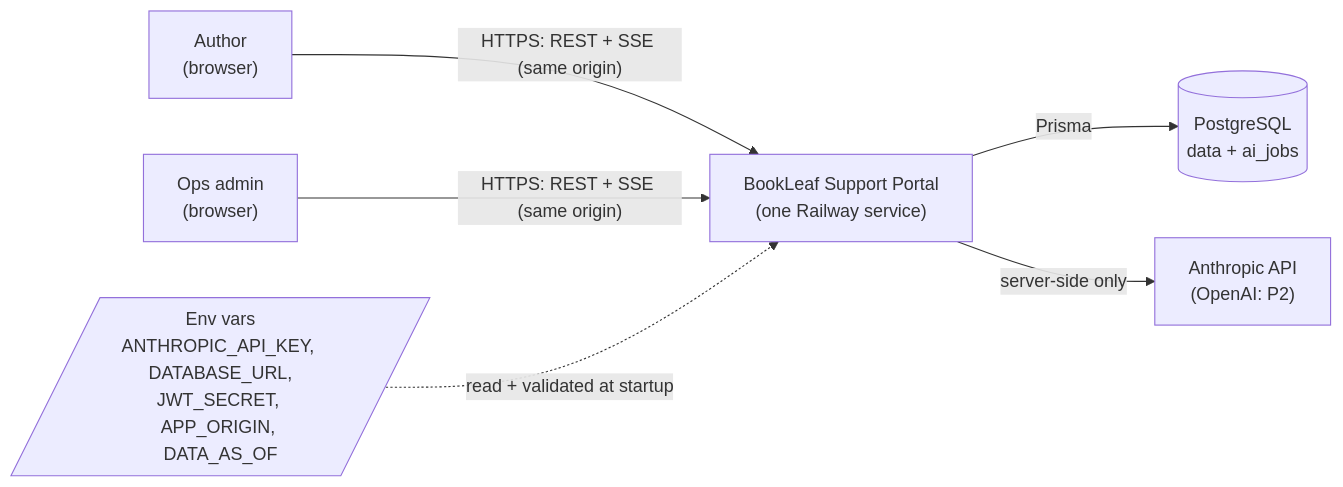
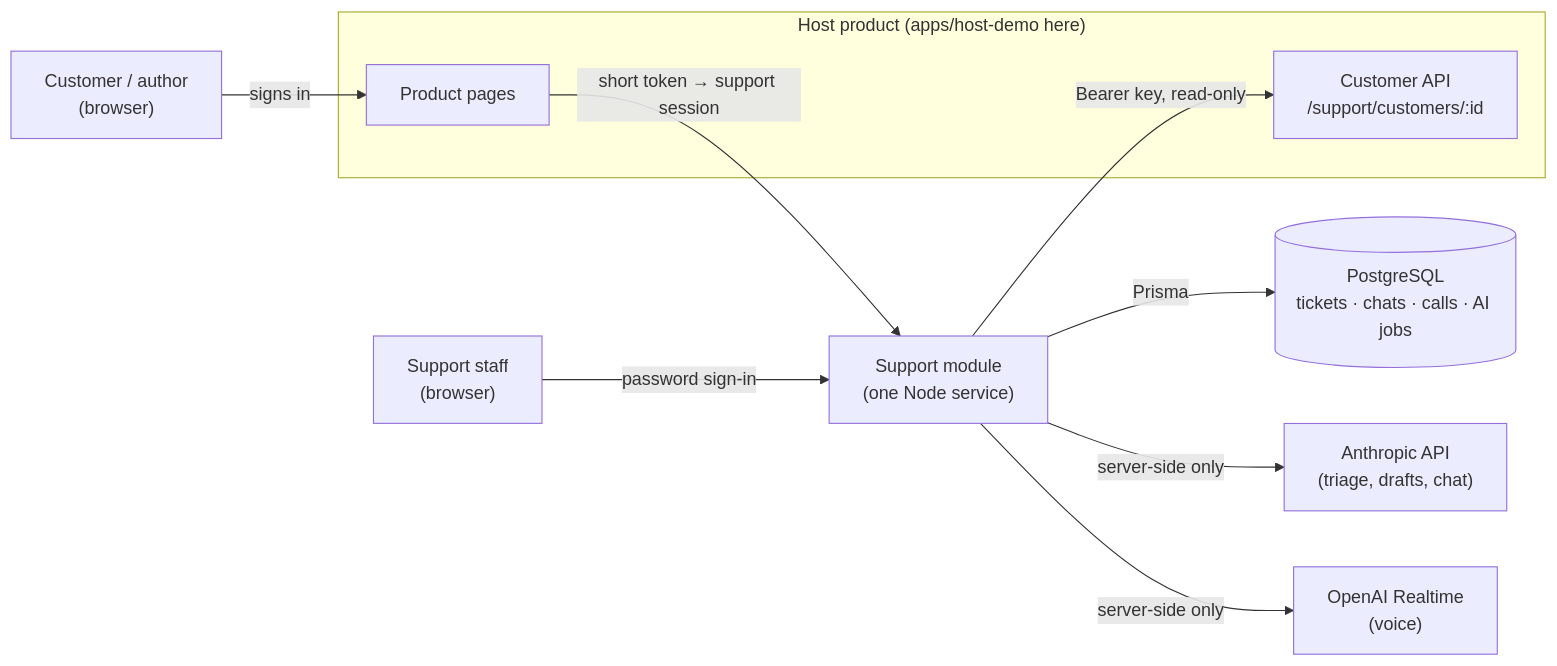
One commit to akshykmratloop/bookLeaf_support_system changed the first of 13 diagrams in docs/architecture.md. Above: the diagram before and after it, drawn with Mermaid. The commit also changed other lines of this file and 5 other files, not shown here.

First line of the commit message:
docs(integration): integration guide, architecture and README for the pluggable module

````diff
--- a/docs/architecture.md
+++ b/docs/architecture.md
@@ -10,15 +11,21 @@
 ```mermaid
 flowchart LR
-    author["Author<br/>(browser)"]
-    admin["Ops admin<br/>(browser)"]
-    portal["BookLeaf Support Portal<br/>(one Railway service)"]
-    db[("PostgreSQL<br/>data + ai_jobs")]
-    llm["Anthropic API<br/>(OpenAI: P2)"]
-    env[/"Env vars<br/>ANTHROPIC_API_KEY, DATABASE_URL,<br/>JWT_SECRET, APP_ORIGIN, DATA_AS_OF"/]
+    author["Customer / author<br/>(browser)"]
+    admin["Support staff<br/>(browser)"]
+    subgraph hostp["Host product (apps/host-demo here)"]
+        hostpage["Product pages"]
+        hostapi["Customer API<br/>/support/customers/:id"]
+    end
+    support["Support module<br/>(one Node service)"]
+    db[("PostgreSQL<br/>tickets · chats · calls · AI jobs")]
+    llm["Anthropic API<br/>(triage, drafts, chat)"]
+    s2s["OpenAI Realtime<br/>(voice)"]
 
-    author -- "HTTPS: REST + SSE (same origin)" --> portal
-    admin -- "HTTPS: REST + SSE (same origin)" --> portal
-    portal -- Prisma --> db
-    portal -- "server-side only" --> llm
-    env -. "read + validated at startup" .-> portal
+    author -- "signs in" --> hostpage
+    hostpage -- "short token → support session" --> support
+    admin -- "password sign-in" --> support
+    support -- "Bearer key, read-only" --> hostapi
+    support -- Prisma --> db
+    support -- "server-side only" --> llm
+    support -- "server-side only" --> s2s
 ```
````
